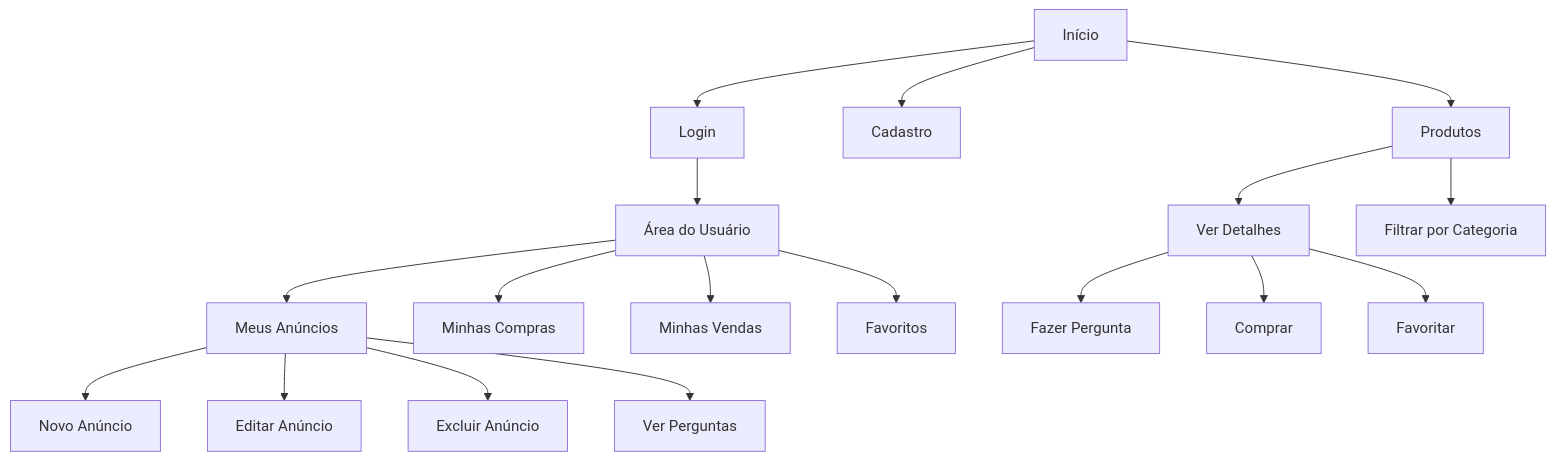
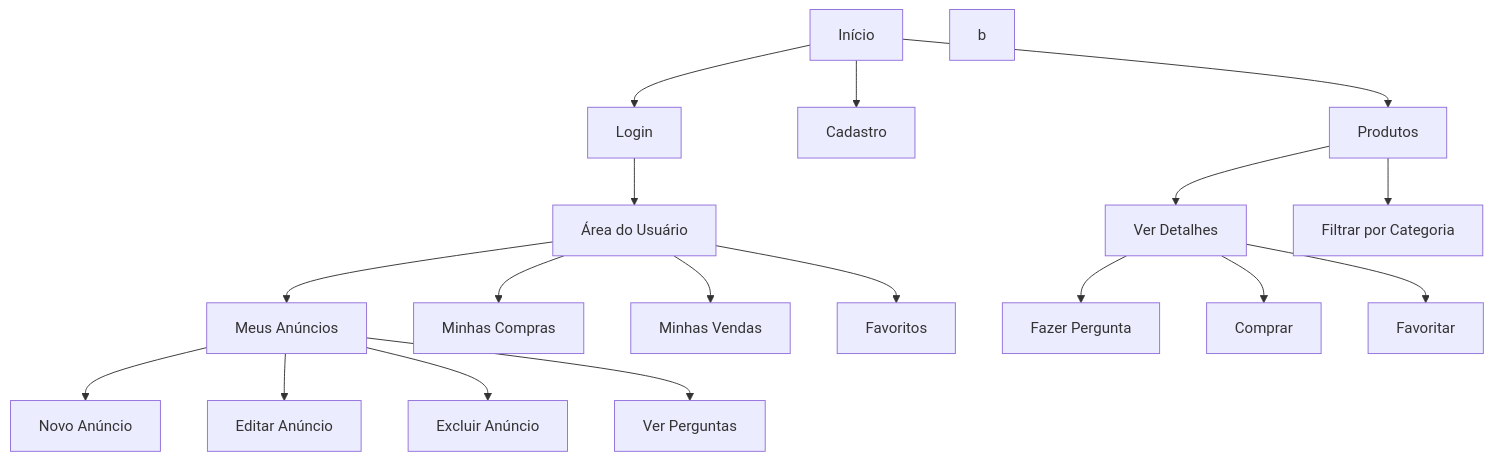
Before and after one commit to Guizera/frameworks_toledo: the diagram in docs/navegacao.mmd, drawn with Mermaid. The commit also changed 20 other files, not shown here.

```diff
--- a/docs/navegacao.mmd
+++ b/docs/navegacao.mmd
@@ -1,23 +1,23 @@
 graph TD
     A[Início] --> B[Login]
     A --> C[Cadastro]
     A --> D[Produtos]
     
     B --> E[Área do Usuário]
     
     E --> F[Meus Anúncios]
     E --> G[Minhas Compras]
     E --> H[Minhas Vendas]
     E --> I[Favoritos]
     
     F --> J[Novo Anúncio]
     F --> K[Editar Anúncio]
     F --> L[Excluir Anúncio]
     F --> M[Ver Perguntas]
-    
+    b
     D --> N[Ver Detalhes]
     N --> O[Fazer Pergunta]
     N --> P[Comprar]
     N --> Q[Favoritar]
     
     D --> R[Filtrar por Categoria] 
```
